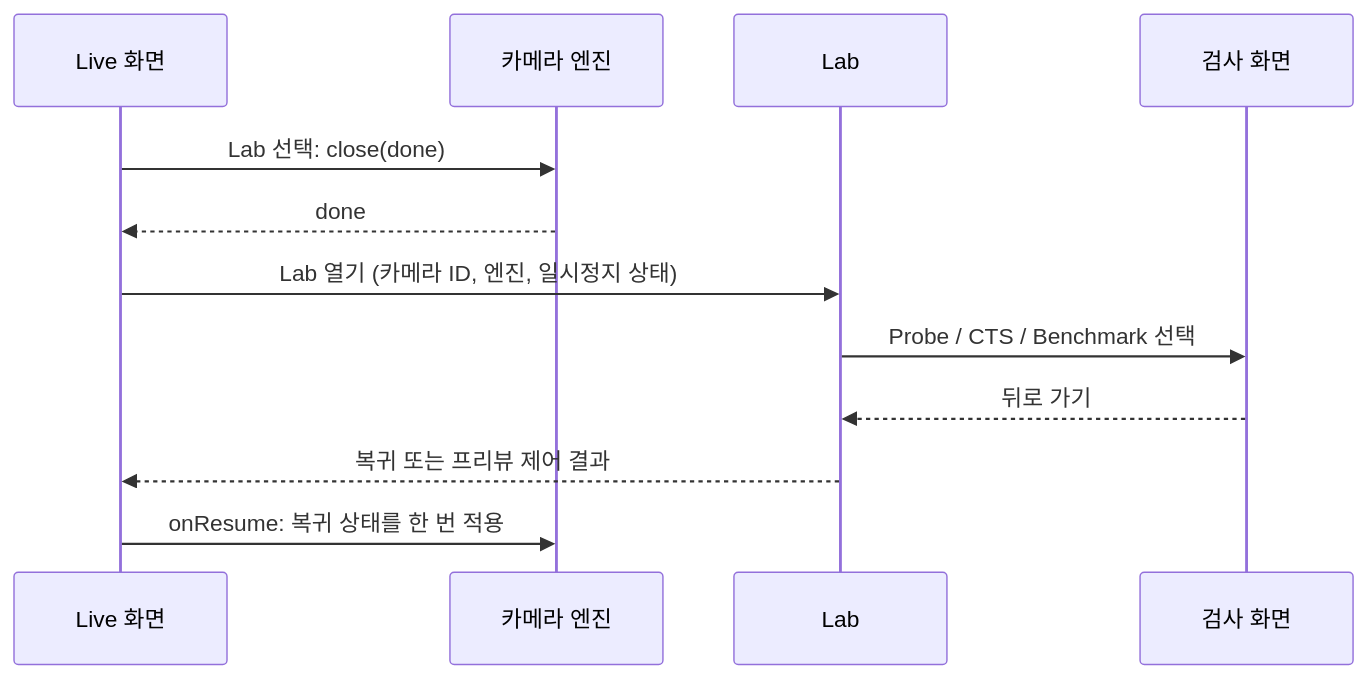
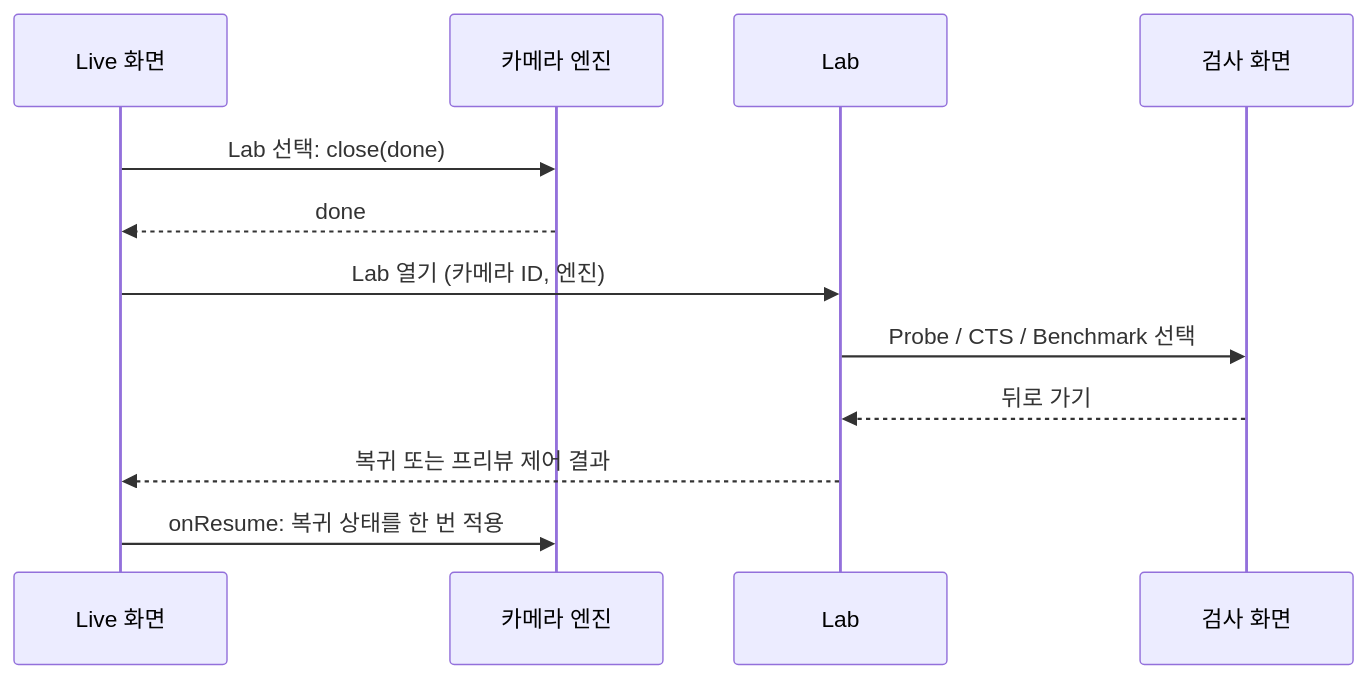
One commit to TTolsun/hal-camera changed the second of 3 diagrams in docs/design/APP-UI.md. Above: the diagram before and after it, drawn with Mermaid. The commit also changed other lines of this file and 22 other files, not shown here.

````diff
--- a/docs/design/APP-UI.md
+++ b/docs/design/APP-UI.md
@@ -115,14 +115,14 @@
 ```mermaid
 sequenceDiagram
     participant L as Live 화면
     participant E as 카메라 엔진
     participant W as Lab
     participant T as 검사 화면
     L->>E: Lab 선택: close(done)
     E-->>L: done
-    L->>W: Lab 열기 (카메라 ID, 엔진, 일시정지 상태)
+    L->>W: Lab 열기 (카메라 ID, 엔진)
     W->>T: Probe / CTS / Benchmark 선택
     T-->>W: 뒤로 가기
     W-->>L: 복귀 또는 프리뷰 제어 결과
     L->>E: onResume: 복귀 상태를 한 번 적용
 ```
````
